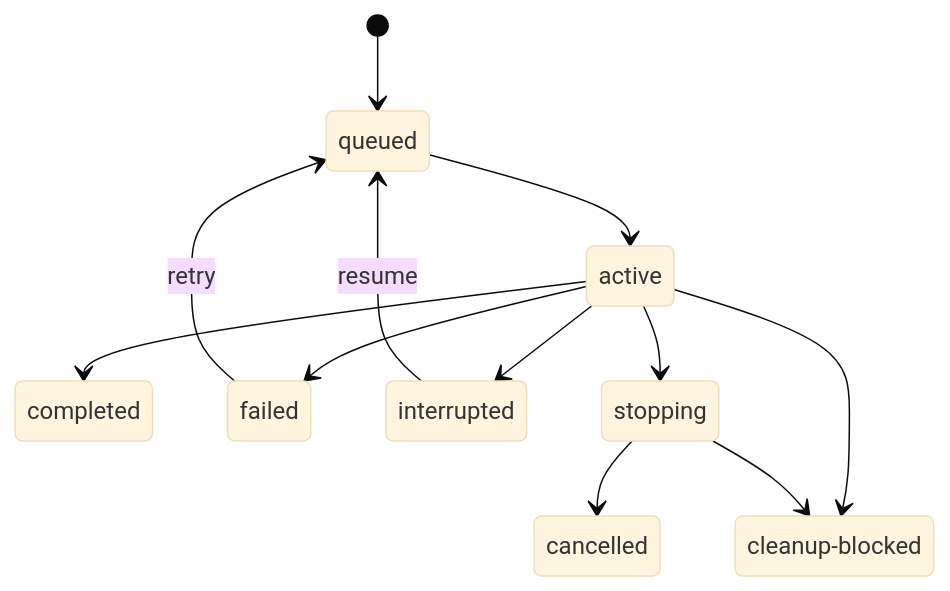
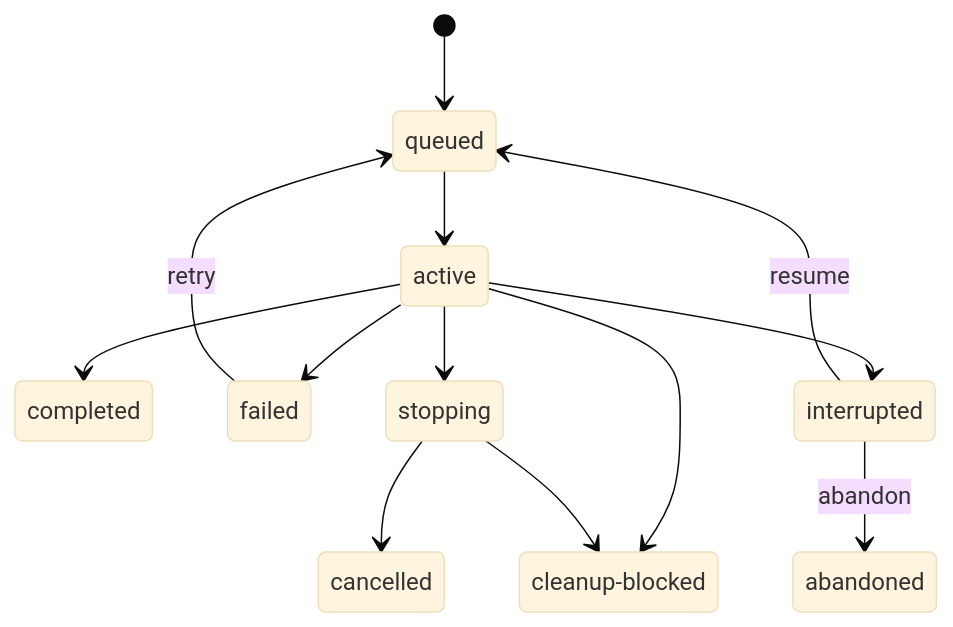
One commit to vegardx/pi-subagent changed the diagram in docs/contracts.md. Above: the diagram before and after it, drawn with Mermaid (base theme). The commit also changed other lines of this file and 32 other files, not shown here.

````diff
--- a/docs/contracts.md
+++ b/docs/contracts.md
@@ -402,15 +425,16 @@
 ```mermaid
 stateDiagram-v2
     [*] --> queued
     queued --> active
     active --> completed
     active --> failed
     active --> interrupted
     active --> stopping
     stopping --> cancelled
     active --> cleanupBlocked
     stopping --> cleanupBlocked
     cleanupBlocked: cleanup-blocked
     failed --> queued: retry
     interrupted --> queued: resume
+    interrupted --> abandoned: abandon
 ```
````
